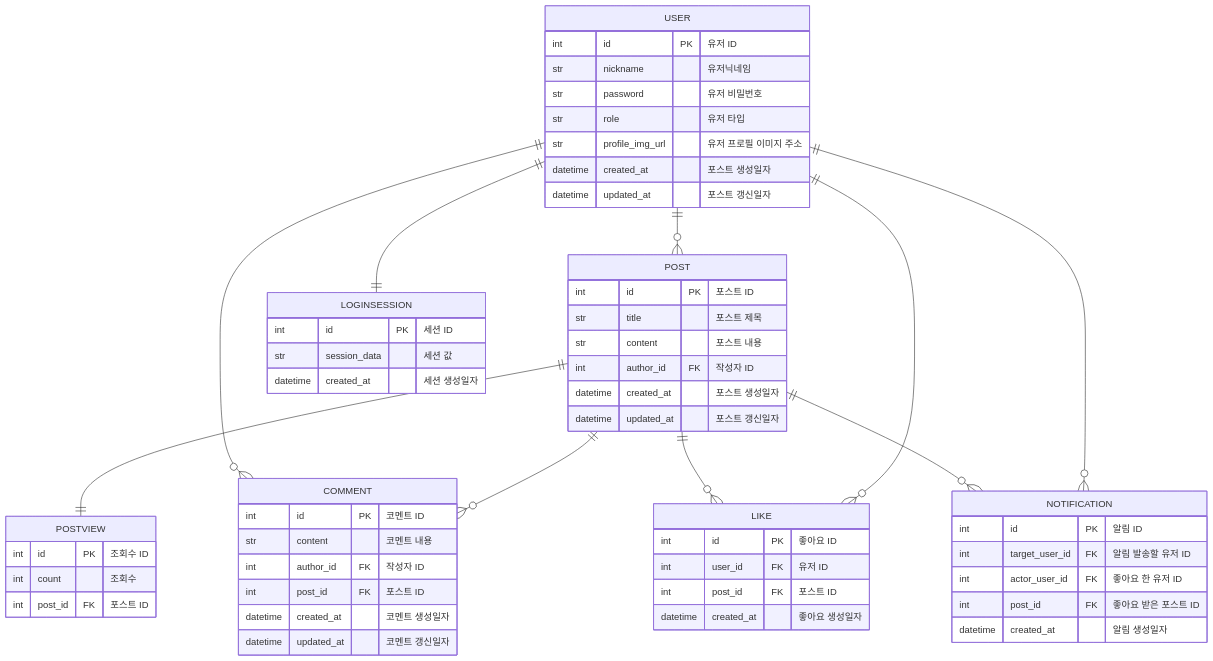
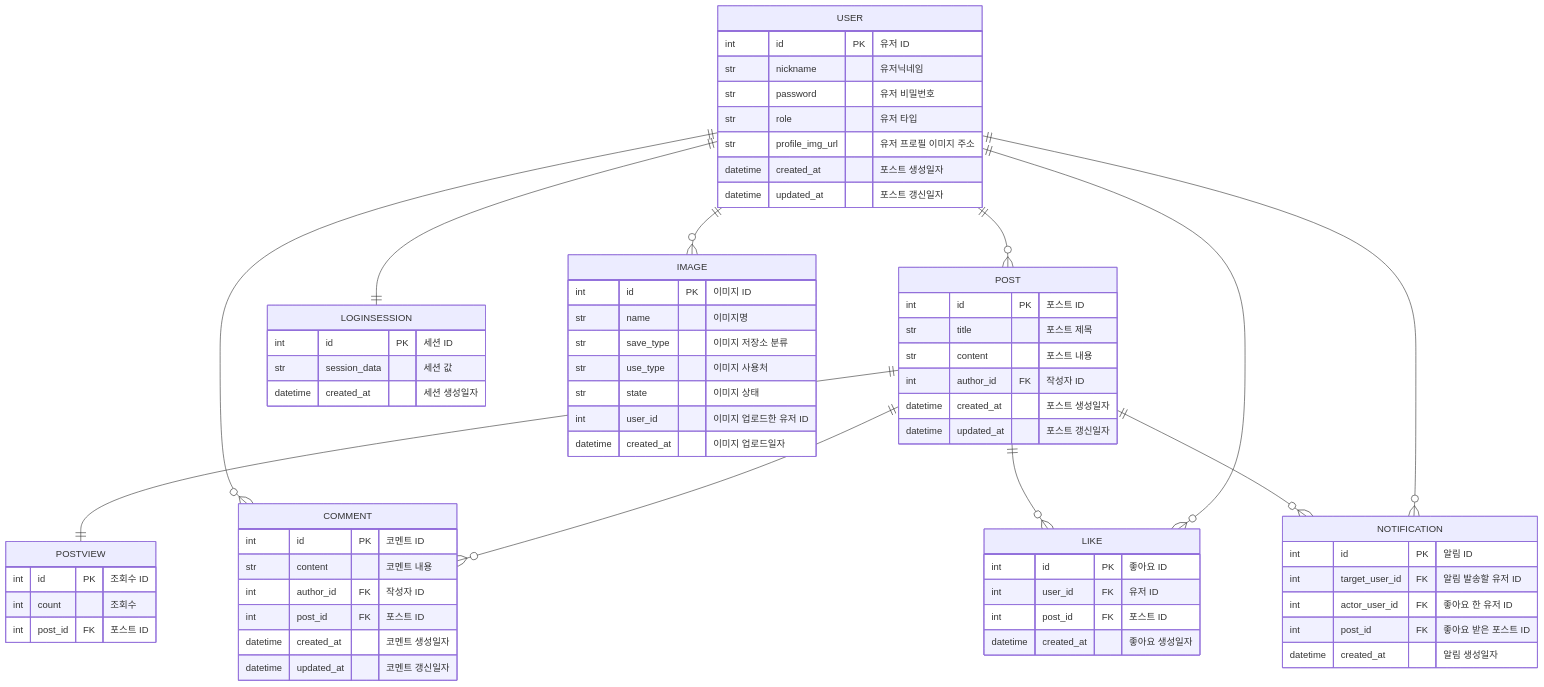
Before and after one commit to ksg9482/fastapi-post: the second of 2 diagrams in README.md, drawn with Mermaid. The commit also changed other lines of this file and 21 other files, not shown here.

````diff
--- a/README.md
+++ b/README.md
@@ -108,66 +149,77 @@
 ```mermaid
 erDiagram
     POST ||--o{ COMMENT:""
     POST {
         int id PK "포스트 ID"
         str title "포스트 제목"
         str content "포스트 내용"
         int author_id FK "작성자 ID"
         datetime created_at "포스트 생성일자"
         datetime updated_at "포스트 갱신일자"
     }
 
     POST ||--|| POSTVIEW:""
     POSTVIEW {
         int id PK "조회수 ID"
         int count "조회수"
         int post_id FK "포스트 ID"
     }
 
     USER ||--o{ POST: ""
     USER ||--o{ COMMENT: ""
     USER {
         int id PK "유저 ID"
         str nickname "유저닉네임"
         str password "유저 비밀번호"
         str role "유저 타입"
         str profile_img_url "유저 프로필 이미지 주소"
         datetime created_at "포스트 생성일자"
         datetime updated_at "포스트 갱신일자"
     }
 
     USER ||--|| LOGINSESSION: ""
     LOGINSESSION {
         int id PK "세션 ID"
         str session_data "세션 값"
         datetime created_at "세션 생성일자"
     }
 
     COMMENT {
         int id PK "코멘트 ID"
         str content "코멘트 내용"
         int author_id FK "작성자 ID"
         int post_id FK "포스트 ID"
         datetime created_at "코멘트 생성일자"
         datetime updated_at "코멘트 갱신일자"
     }
 
     USER ||--o{ LIKE: ""
     POST ||--o{ LIKE: ""
     LIKE {
         int id PK "좋아요 ID"
         int user_id FK "유저 ID"
         int post_id FK "포스트 ID"
         datetime created_at "좋아요 생성일자"
     }
 
     USER ||--o{ NOTIFICATION: ""
     POST ||--o{ NOTIFICATION: ""
     NOTIFICATION {
         int id PK "알림 ID"
         int target_user_id FK "알림 발송할 유저 ID"
         int actor_user_id FK "좋아요 한 유저 ID"
         int post_id FK "좋아요 받은 포스트 ID"
         datetime created_at "알림 생성일자"
     }
+
+    USER ||--o{ IMAGE: ""
+    IMAGE {
+        int id PK "이미지 ID"
+        str name "이미지명"
+        str save_type "이미지 저장소 분류"
+        str use_type "이미지 사용처"
+        str state "이미지 상태"
+        int user_id "이미지 업로드한 유저 ID"
+        datetime created_at "이미지 업로드일자"
+    }
 ```
````
